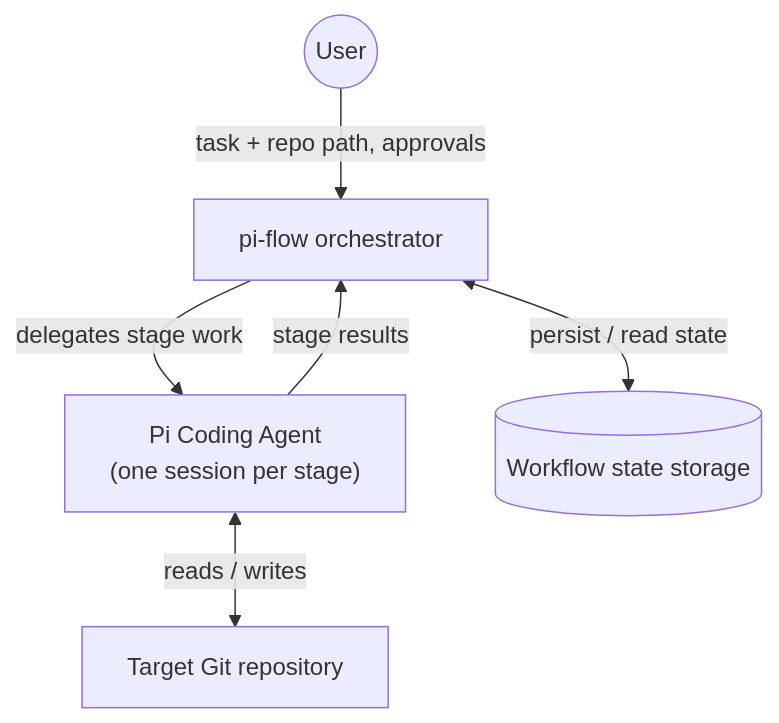
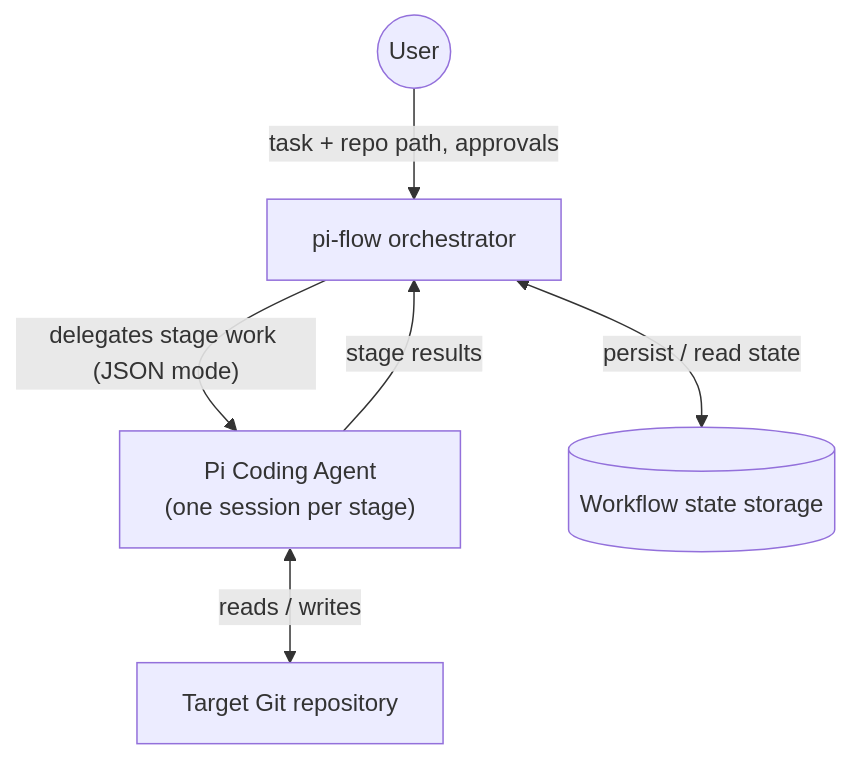
Before and after one commit to YuryKlimchuk/pi-flow: the diagram in docs/system-overview.md, drawn with Mermaid. The commit also changed other lines of this file and 6 other files, not shown here.

````diff
--- a/docs/system-overview.md
+++ b/docs/system-overview.md
@@ -19,14 +19,14 @@
 ```mermaid
 flowchart TB
     User((User))
     O["pi-flow orchestrator"]
     P["Pi Coding Agent<br/>(one session per stage)"]
     S[("Workflow state storage")]
     T["Target Git repository"]
 
     User -->|"task + repo path, approvals"| O
-    O -->|"delegates stage work"| P
+    O -->|"delegates stage work (JSON mode)"| P
     P -->|"stage results"| O
     P <-->|"reads / writes"| T
     O <-->|"persist / read state"| S
 ```
````
